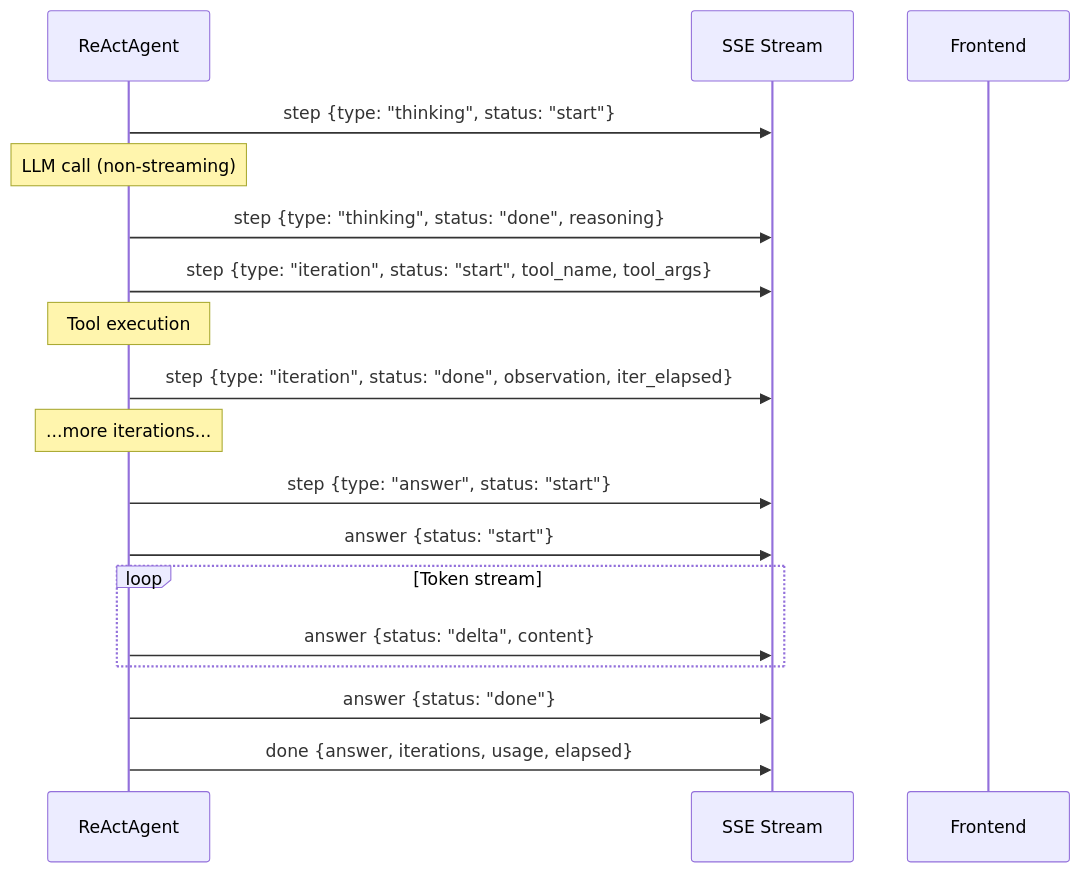
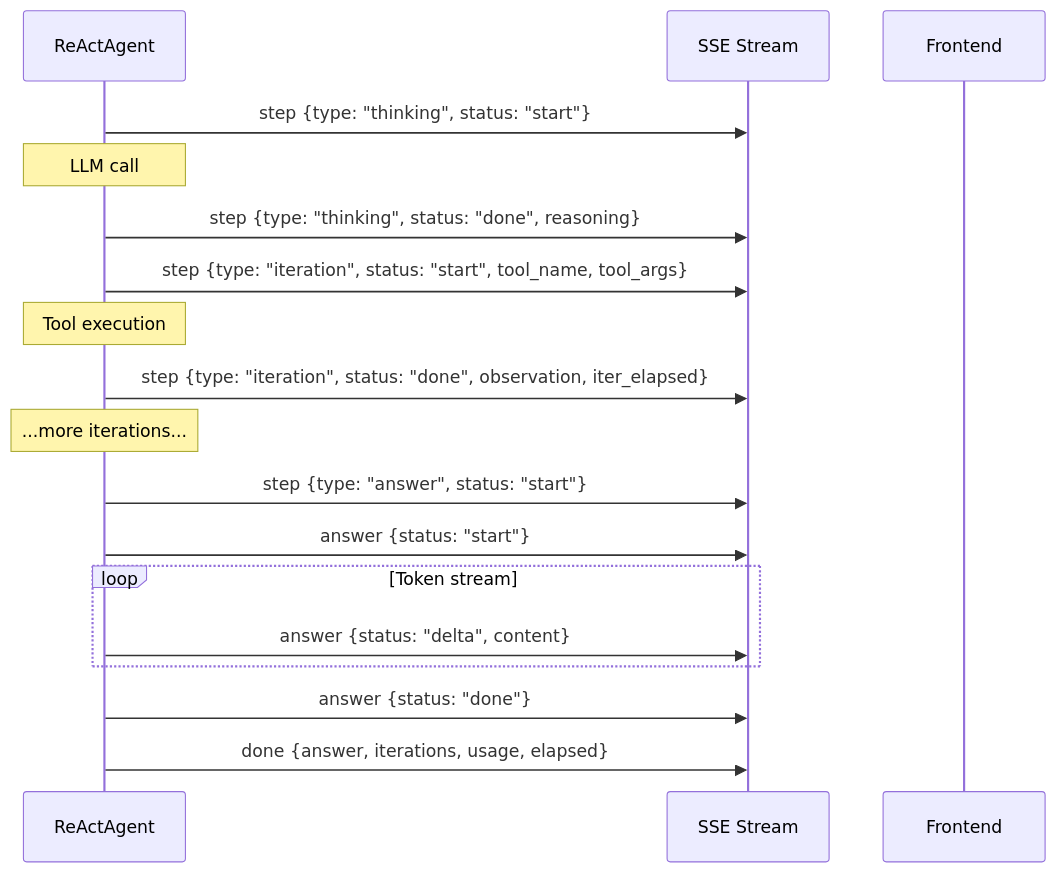
One commit to fim-ai/fim-one changed the fifth of 5 diagrams in docs/architecture/react-engine.mdx. Above: the diagram before and after it, drawn with Mermaid. The commit also changed other lines of this file and 9 other files, not shown here.

First line of the commit message:
docs(architecture): align engine, hook and discovery pages with the code

````diff
--- a/docs/architecture/react-engine.mdx
+++ b/docs/architecture/react-engine.mdx
@@ -274,21 +274,21 @@
 ```mermaid
 sequenceDiagram
     participant Agent as ReActAgent
     participant SSE as SSE Stream
     participant UI as Frontend
 
     Agent->>SSE: step {type: "thinking", status: "start"}
-    Note over Agent: LLM call (non-streaming)
+    Note over Agent: LLM call
     Agent->>SSE: step {type: "thinking", status: "done", reasoning}
     Agent->>SSE: step {type: "iteration", status: "start", tool_name, tool_args}
     Note over Agent: Tool execution
     Agent->>SSE: step {type: "iteration", status: "done", observation, iter_elapsed}
     Note over Agent: ...more iterations...
     Agent->>SSE: step {type: "answer", status: "start"}
     Agent->>SSE: answer {status: "start"}
     loop Token stream
         Agent->>SSE: answer {status: "delta", content}
     end
     Agent->>SSE: answer {status: "done"}
     Agent->>SSE: done {answer, iterations, usage, elapsed}
 ```
````
